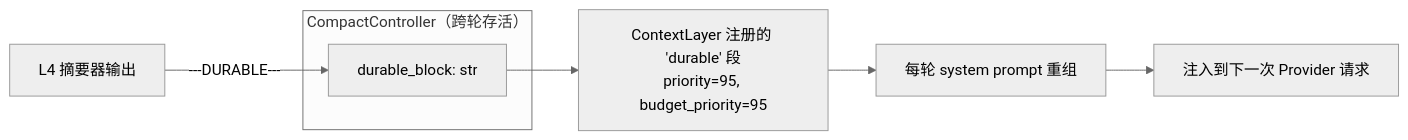
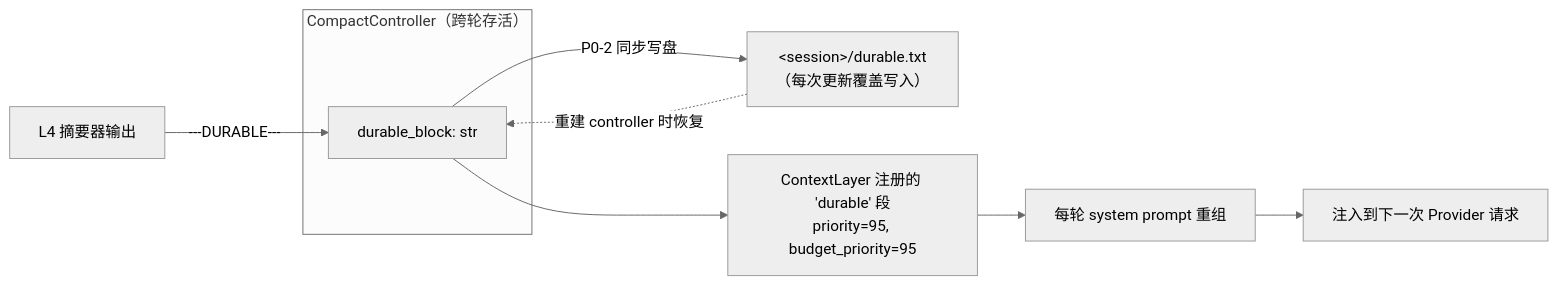
The eighth of 8 diagrams in docs/modules/10-context.md (andyxu1234/soul_buddy), drawn with Mermaid (neutral theme) before and after one commit. The commit also changed other lines of this file and 62 other files, not shown here.

````diff
--- a/docs/modules/10-context.md
+++ b/docs/modules/10-context.md
@@ -251,10 +296,12 @@
 ```mermaid
 flowchart LR
     subgraph CC["CompactController（跨轮存活）"]
         DB["durable_block: str"]
     end
     L4["L4 摘要器输出"] -- "---DURABLE---" --> DB
+    DB -- "P0-2 同步写盘" --> DF["&lt;session>/durable.txt<br/>（每次更新覆盖写入）"]
+    DF -. "重建 controller 时恢复" .-> DB
     DB --> SEG["ContextLayer 注册的 'durable' 段<br/>priority=95, budget_priority=95"]
     SEG --> SP["每轮 system prompt 重组"]
     SP --> REQ["注入到下一次 Provider 请求"]
 ```
````
